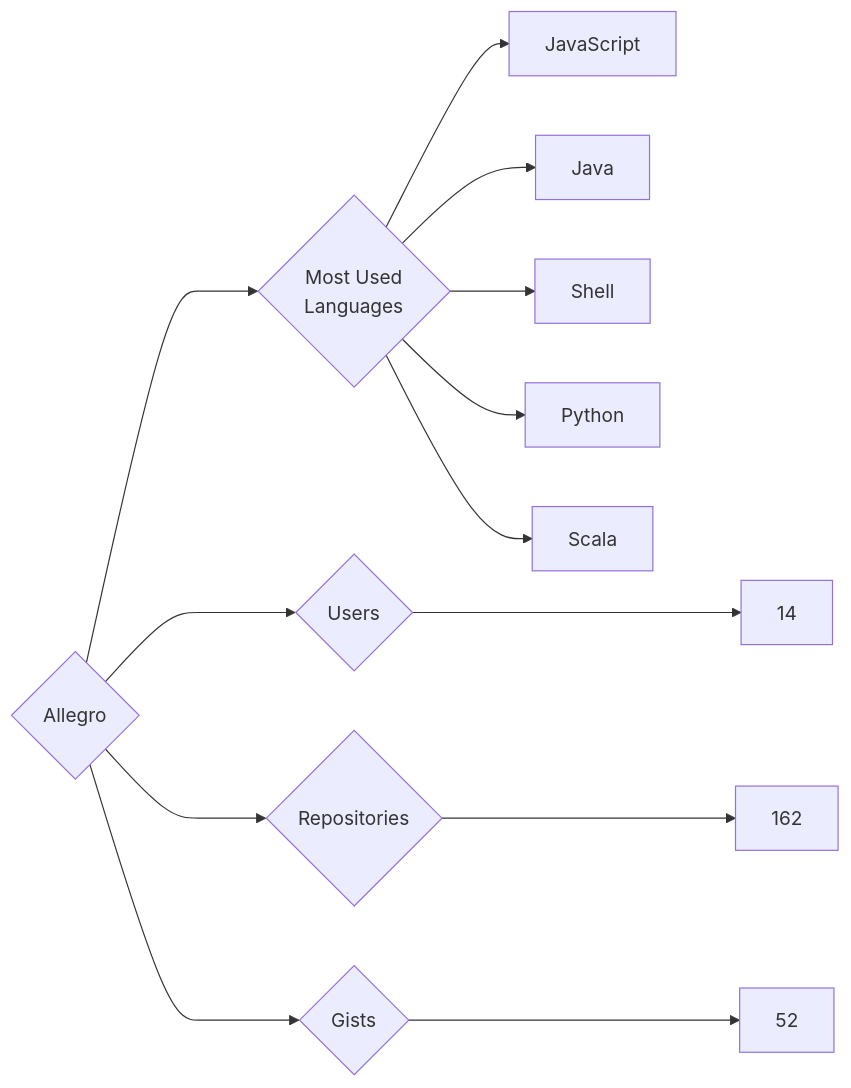
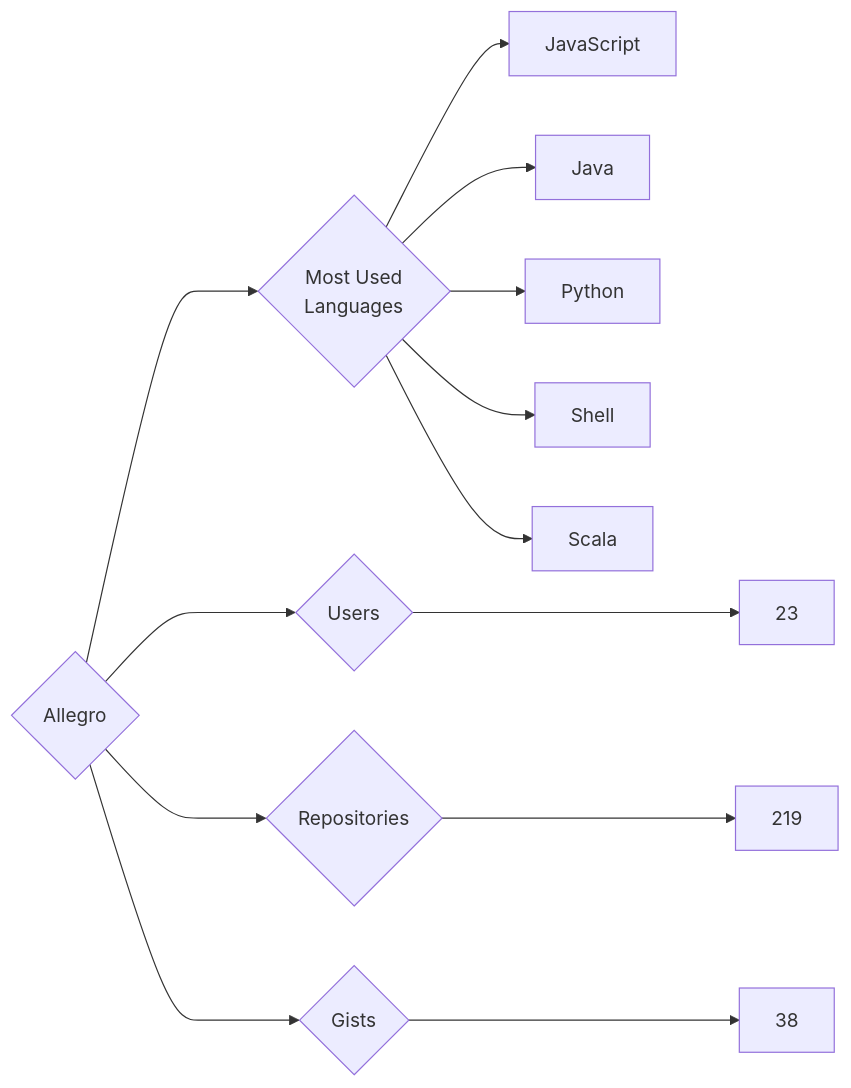
The diagram in targets/Allegro/README.md (trickest/insiders), drawn with Mermaid before and after one commit. The commit also changed 930 other files, not shown here.

````diff
--- a/targets/Allegro/README.md
+++ b/targets/Allegro/README.md
@@ -3,13 +3,13 @@
 ```mermaid
 graph LR
 COMPANY_NAME{Allegro}
-COMPANY_NAME ---> U{Users} ---> UN[14]
-COMPANY_NAME ---> R{Repositories} ---> RN[162]
-COMPANY_NAME ---> G{Gists} ---> GN[52]
+COMPANY_NAME ---> U{Users} ---> UN[23]
+COMPANY_NAME ---> R{Repositories} ---> RN[219]
+COMPANY_NAME ---> G{Gists} ---> GN[38]
 COMPANY_NAME ---> ML{Most Used<br>Languages}
 ML --> JavaScript[JavaScript]
 ML --> Java[Java]
+ML --> Python[Python]
 ML --> Shell[Shell]
-ML --> Python[Python]
 ML --> Scala[Scala]
 ```
````
